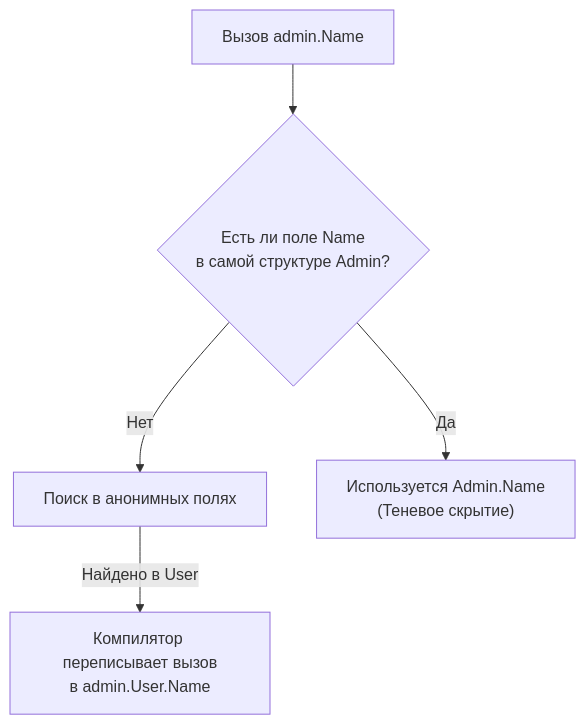
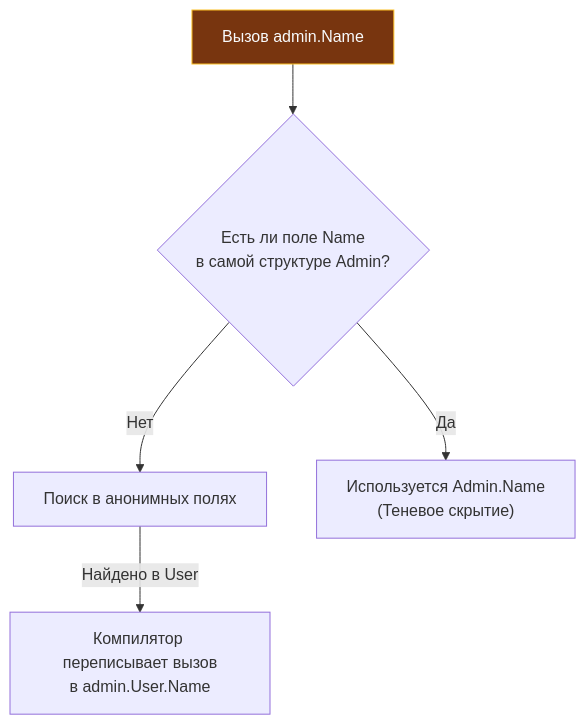
The diagram in sources/5. Учебник по Go (Основы и синтаксис)/25. Встраивание. Embedding вместо наследования.md (UnrealTemplier/go-textbook), drawn with Mermaid before and after one commit. The commit also changed 1666 other files, not shown here.

First line of the commit message:
feat(mermaid): add semantic color classDef to 1369 colorless flowchart/graph diagrams

````diff
--- a/sources/5. Учебник по Go (Основы и синтаксис)/25. Встраивание. Embedding вместо наследования.md
+++ b/sources/5. Учебник по Go (Основы и синтаксис)/25. Встраивание. Embedding вместо наследования.md
@@ -59,7 +59,17 @@
 ```mermaid
 flowchart TD
-    Start["Вызов admin.Name"] --> Check{"Есть ли поле Name<br/>в самой структуре Admin?"}
+    classDef process  fill:#1e293b,stroke:#38bdf8,stroke-width:1px,color:#f8fafc
+    classDef success  fill:#064e3b,stroke:#34d399,stroke-width:1px,color:#f8fafc
+    classDef error    fill:#7f1d1d,stroke:#f87171,stroke-width:1px,color:#f8fafc
+    classDef warning  fill:#78350f,stroke:#fbbf24,stroke-width:1px,color:#f8fafc
+    classDef entry    fill:#1e3a5f,stroke:#38bdf8,stroke-width:2px,color:#f8fafc
+    classDef aux      fill:#334155,stroke:#64748b,stroke-width:1px,color:#f8fafc
+    classDef system   fill:#312e81,stroke:#a78bfa,stroke-width:1px,color:#f8fafc
+    classDef data     fill:#132d29,stroke:#2dd4bf,stroke-width:1px,color:#f8fafc
+    classDef network  fill:#881337,stroke:#fb7185,stroke-width:1px,color:#f8fafc
+    classDef accent   fill:#1e1b4b,stroke:#818cf8,stroke-width:1px,color:#f8fafc
+    Start["Вызов admin.Name"]:::warning --> Check{"Есть ли поле Name<br/>в самой структуре Admin?"}
     Check -->|"Нет"| SearchEmbedded["Поиск в анонимных полях"]
     SearchEmbedded -->|"Найдено в User"| Transform["Компилятор переписывает вызов<br/>в admin.User.Name"]
     Check -->|"Да"| Shadow["Используется Admin.Name<br/>(Теневое скрытие)"]
 ```
````
